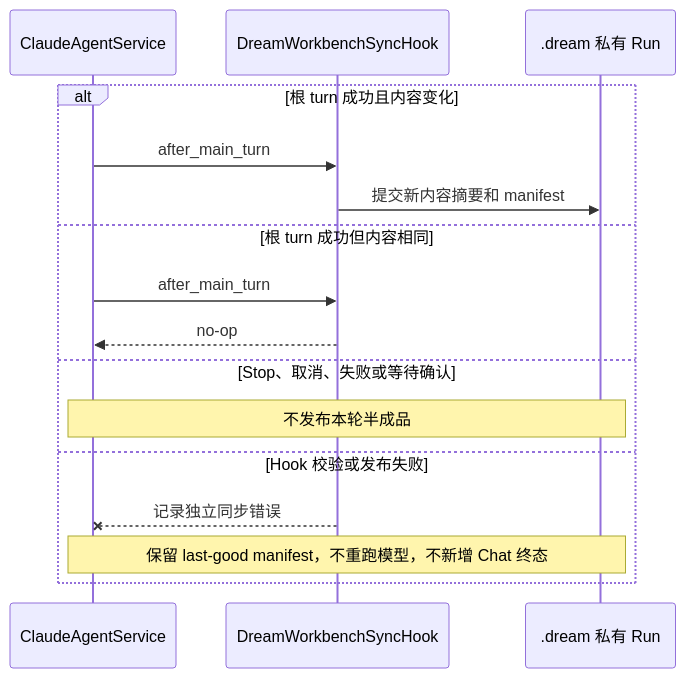
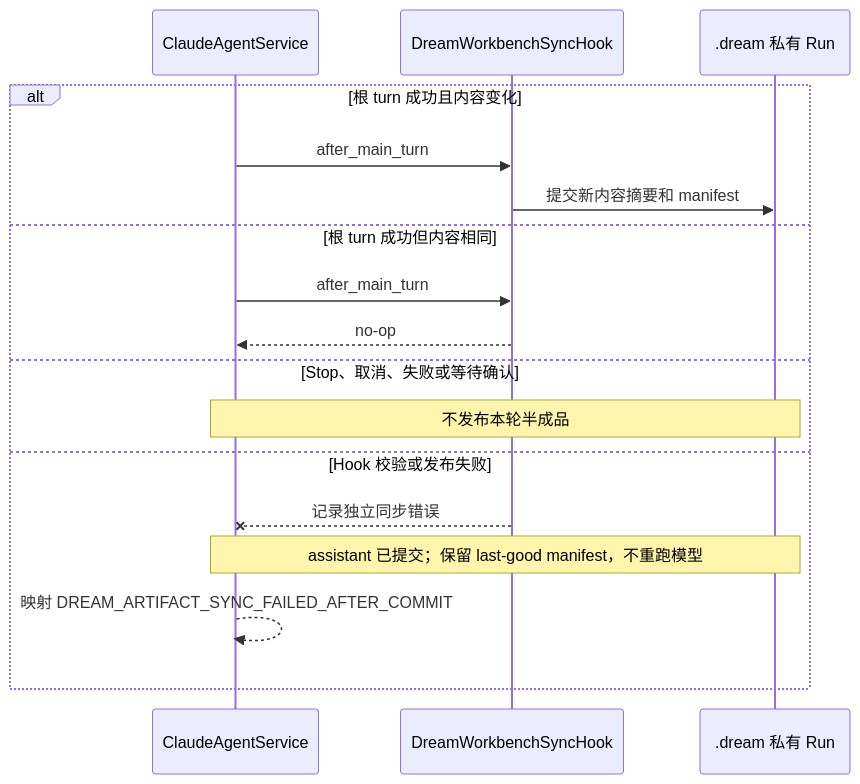
Before and after one commit to glide-the/im-dream: the third of 3 diagrams in docs/design/story-workspace/skill-commands-and-workbench-sync.md, drawn with Mermaid. The commit also changed other lines of this file and 24 other files, not shown here.

````diff
--- a/docs/design/story-workspace/skill-commands-and-workbench-sync.md
+++ b/docs/design/story-workspace/skill-commands-and-workbench-sync.md
@@ -109,19 +119,20 @@
 ```mermaid
 sequenceDiagram
     participant S as ClaudeAgentService
     participant H as DreamWorkbenchSyncHook
     participant D as .dream 私有 Run
 
     alt 根 turn 成功且内容变化
         S->>H: after_main_turn
         H->>D: 提交新内容摘要和 manifest
     else 根 turn 成功但内容相同
         S->>H: after_main_turn
         H-->>S: no-op
     else Stop、取消、失败或等待确认
         Note over S,D: 不发布本轮半成品
     else Hook 校验或发布失败
         H--xS: 记录独立同步错误
-        Note over S,D: 保留 last-good manifest，不重跑模型，不新增 Chat 终态
+        Note over S,D: assistant 已提交；保留 last-good manifest，不重跑模型
+        S-->>S: 映射 DREAM_ARTIFACT_SYNC_FAILED_AFTER_COMMIT
     end
 ```
````
